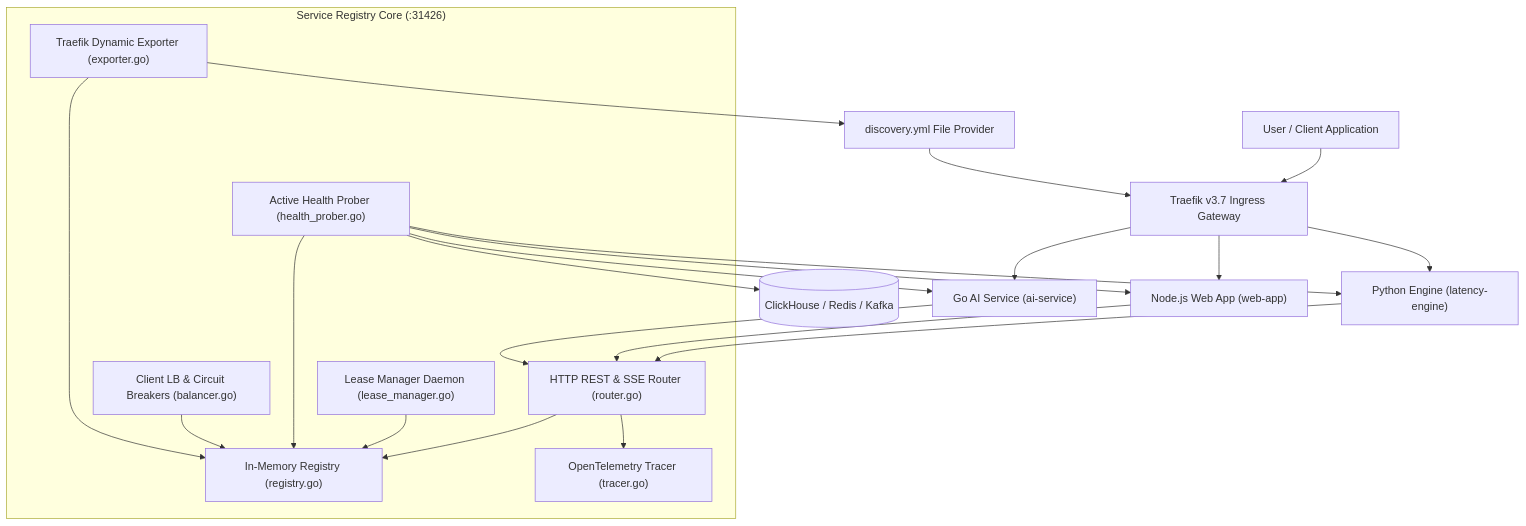
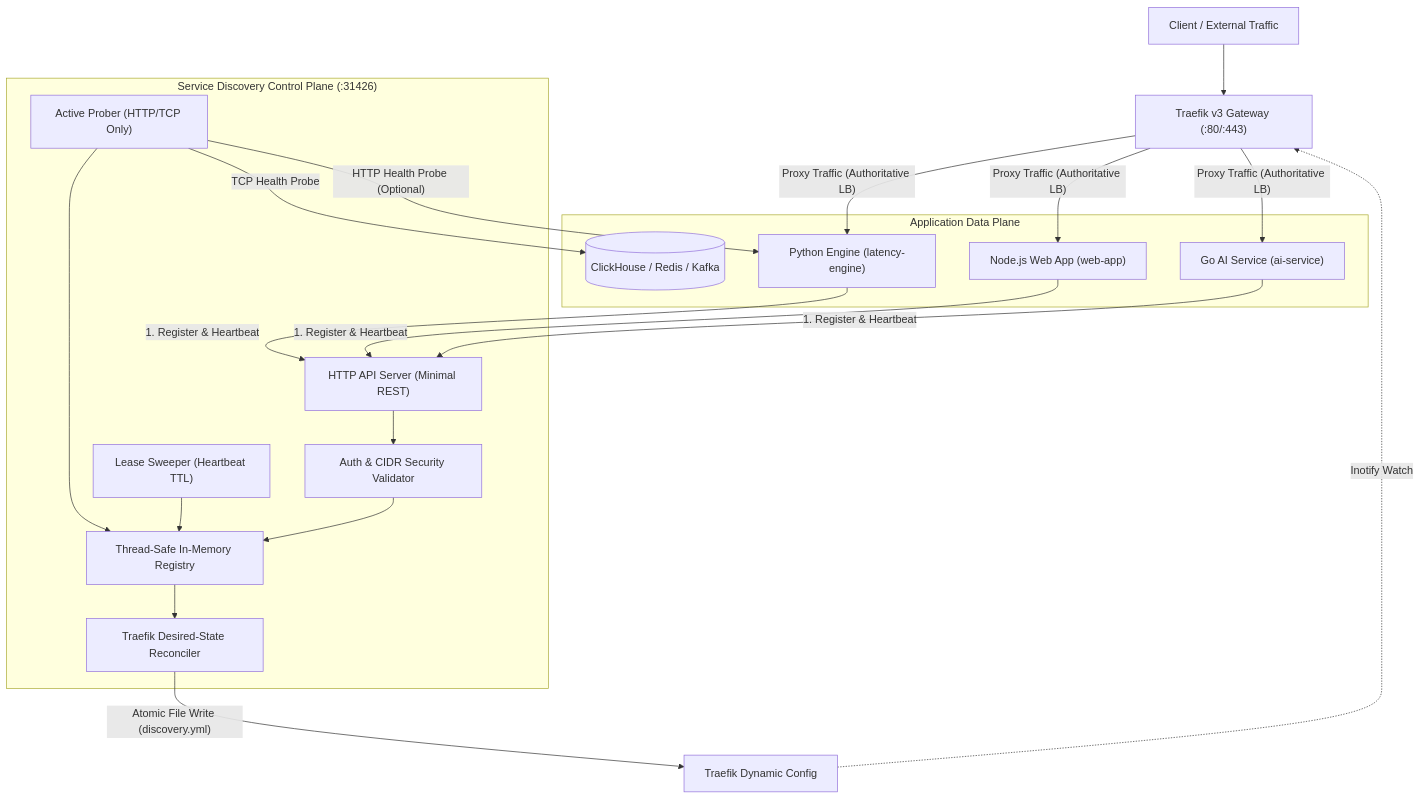
One commit to Chief-Strategist-J/llm-observability-platform changed the first of 6 diagrams in packages/configs/llm-obs-infra/docs/architectureDoc/adr-0009-service-registry-and-discovery.md. Above: the diagram before and after it, drawn with Mermaid. The commit also changed other lines of this file and 20 other files, not shown here.

First line of the commit message:
feat(infra): refactor ADR-0009 to v3.0.0 and harden service discovery control plane

````diff
--- a/packages/configs/llm-obs-infra/docs/architectureDoc/adr-0009-service-registry-and-discovery.md
+++ b/packages/configs/llm-obs-infra/docs/architectureDoc/adr-0009-service-registry-and-discovery.md
@@ -127,37 +91,40 @@
 ```mermaid
 graph TD
-    User["User / Client Application"] --> Traefik["Traefik v3.7 Ingress Gateway"]
-    
-    subgraph Service_Registry_Core["Service Registry Core (:31426)"]
-        Router["HTTP REST & SSE Router (router.go)"]
-        Registry["In-Memory Registry (registry.go)"]
-        LeaseMgr["Lease Manager Daemon (lease_manager.go)"]
-        HealthProber["Active Health Prober (health_prober.go)"]
-        LoadBalancer["Client LB & Circuit Breakers (balancer.go)"]
-        Exporter["Traefik Dynamic Exporter (exporter.go)"]
-        Tracer["OpenTelemetry Tracer (tracer.go)"]
+    Client["Client / External Traffic"] --> Traefik["Traefik v3 Gateway (:80/:443)"]
+
+    subgraph Control_Plane["Service Discovery Control Plane (:31426)"]
+        Server["HTTP API Server (Minimal REST)"]
+        AuthValidator["Auth & CIDR Security Validator"]
+        RegistryEngine["Thread-Safe In-Memory Registry"]
+        LeaseMgr["Lease Sweeper (Heartbeat TTL)"]
+        ActiveProber["Active Prober (HTTP/TCP Only)"]
+        Reconciler["Traefik Desired-State Reconciler"]
+
+        Server --> AuthValidator
+        AuthValidator --> RegistryEngine
+        LeaseMgr --> RegistryEngine
+        ActiveProber --> RegistryEngine
+        RegistryEngine --> Reconciler
     end
 
-    Router --> Registry
-    LeaseMgr --> Registry
-    HealthProber --> Registry
-    LoadBalancer --> Registry
-    Exporter --> Registry
-    Router --> Tracer
+    subgraph Data_Plane["Application Data Plane"]
+        PyService["Python Engine (latency-engine)"]
+        NodeService["Node.js Web App (web-app)"]
+        GoService["Go AI Service (ai-service)"]
+        InfraDB[("ClickHouse / Redis / Kafka")]
+    end
 
-    Exporter --> DynFile["discovery.yml File Provider"]
-    DynFile --> Traefik
+    Reconciler -->|"Atomic File Write (discovery.yml)"| DynFile["Traefik Dynamic Config"]
+    DynFile -.->|"Inotify Watch"| Traefik
 
-    PyService["Python Engine (latency-engine)"] --> Router
-    NodeService["Node.js Web App (web-app)"] --> Router
-    GoService["Go AI Service (ai-service)"] --> Router
+    Traefik -->|"Proxy Traffic (Authoritative LB)"| PyService
+    Traefik -->|"Proxy Traffic (Authoritative LB)"| NodeService
+    Traefik -->|"Proxy Traffic (Authoritative LB)"| GoService
 
-    HealthProber --> PyService
-    HealthProber --> NodeService
-    HealthProber --> GoService
-    HealthProber --> InfraDB[("ClickHouse / Redis / Kafka")]
+    PyService -->|"1. Register & Heartbeat"| Server
+    NodeService -->|"1. Register & Heartbeat"| Server
+    GoService -->|"1. Register & Heartbeat"| Server
 
-    Traefik --> PyService
-    Traefik --> NodeService
-    Traefik --> GoService
+    ActiveProber -->|"TCP Health Probe"| InfraDB
+    ActiveProber -->|"HTTP Health Probe (Optional)"| PyService
 ```
````
